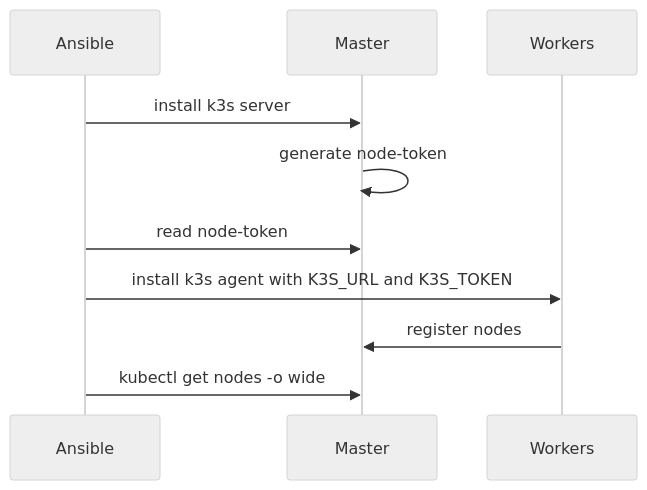
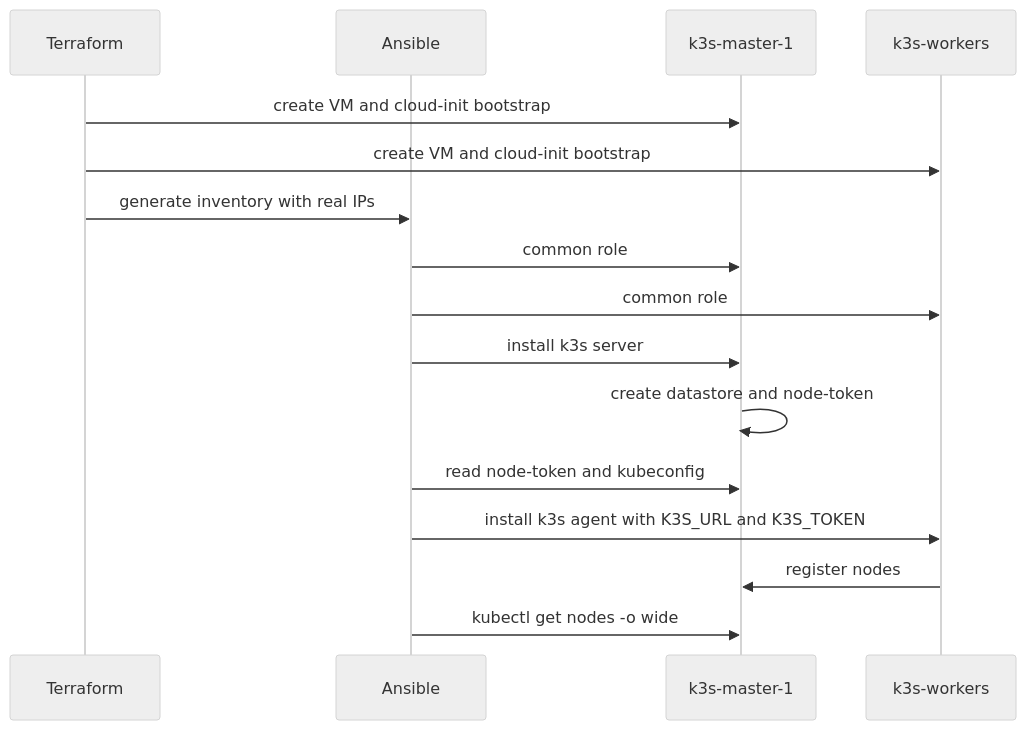
The second of 5 diagrams in docs/k3s/architecture.md (VictorRoshchin/Proxmox-k3s-cluster), drawn with Mermaid (neutral theme) before and after one commit. The commit also changed other lines of this file and 9 other files, not shown here.

````diff
--- a/docs/k3s/architecture.md
+++ b/docs/k3s/architecture.md
@@ -78,12 +229,19 @@
 ```mermaid
 sequenceDiagram
+    participant T as Terraform
     participant A as Ansible
-    participant M as Master
-    participant W as Workers
+    participant M as k3s-master-1
+    participant W as k3s-workers
+
+    T->>M: create VM and cloud-init bootstrap
+    T->>W: create VM and cloud-init bootstrap
+    T->>A: generate inventory with real IPs
+    A->>M: common role
+    A->>W: common role
     A->>M: install k3s server
-    M->>M: generate node-token
-    A->>M: read node-token
+    M->>M: create datastore and node-token
+    A->>M: read node-token and kubeconfig
     A->>W: install k3s agent with K3S_URL and K3S_TOKEN
     W->>M: register nodes
     A->>M: kubectl get nodes -o wide
 ```
````
